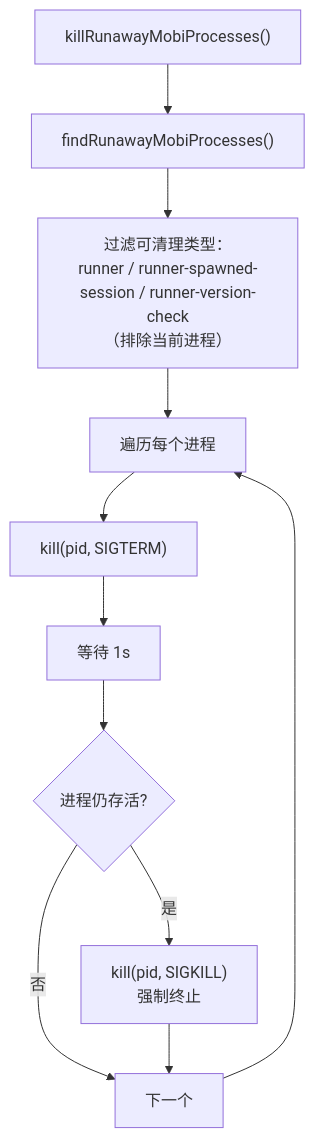
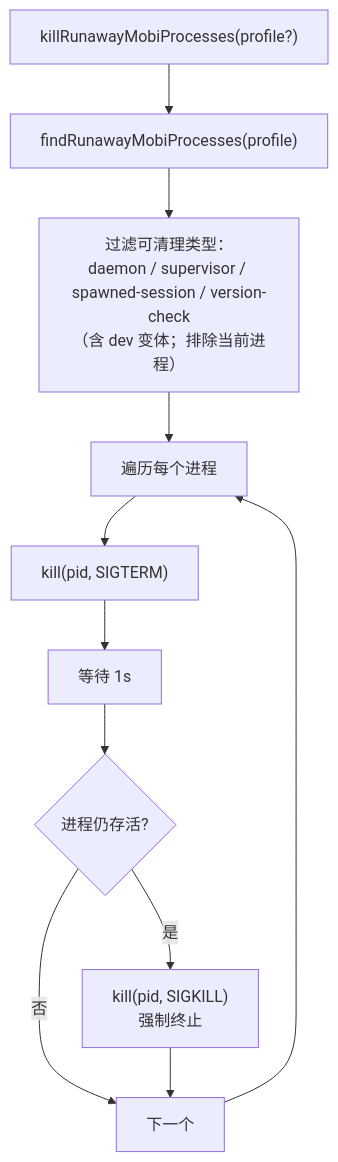
One commit to ModuBit/mobi changed the fourth of 4 diagrams in docs/architecture/cli/commands/doctor/README.md. Above: the diagram before and after it, drawn with Mermaid. The commit also changed other lines of this file and 86 other files, not shown here.

````diff
--- a/docs/architecture/cli/commands/doctor/README.md
+++ b/docs/architecture/cli/commands/doctor/README.md
@@ -153,13 +126,13 @@
 ```mermaid
 flowchart TB
-    Start["killRunawayMobiProcesses()"] --> Find["findRunawayMobiProcesses()"]
-    Find --> Filter["过滤可清理类型：<br/>runner / runner-spawned-session / runner-version-check<br/>（排除当前进程）"]
+    Start["killRunawayMobiProcesses(profile?)"] --> Find["findRunawayMobiProcesses(profile)"]
+    Find --> Filter["过滤可清理类型：<br/>daemon / supervisor / spawned-session / version-check<br/>（含 dev 变体；排除当前进程）"]
     Filter --> Loop["遍历每个进程"]
     Loop --> SigTerm["kill(pid, SIGTERM)"]
     SigTerm --> Wait["等待 1s"]
     Wait --> Alive{"进程仍存活?"}
     Alive -->|是| SigKill["kill(pid, SIGKILL)<br/>强制终止"]
     Alive -->|否| Next["下一个"]
     SigKill --> Next
     Next --> Loop
 ```
````
